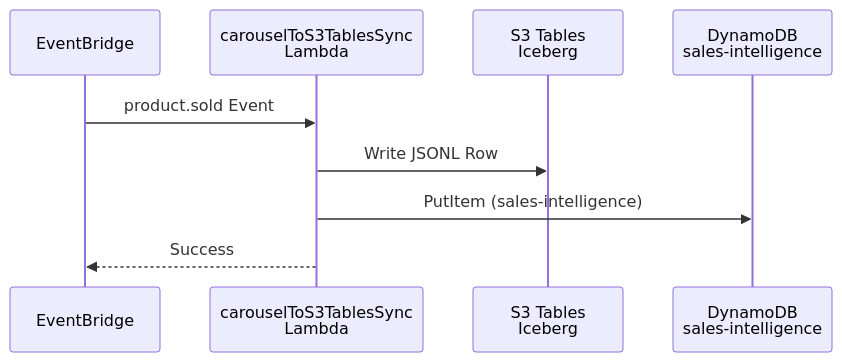
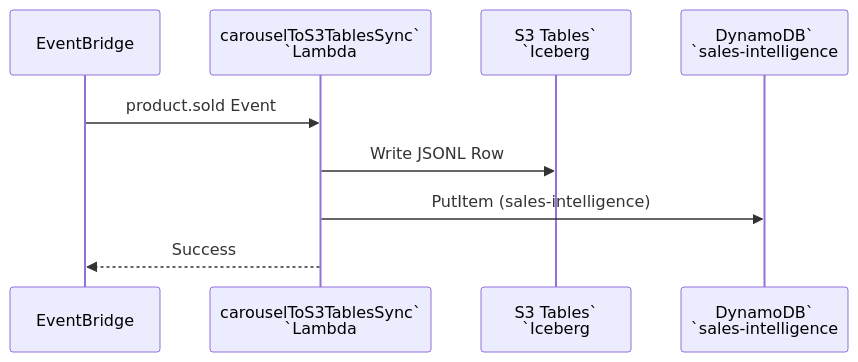
The second of 4 diagrams in SYSTEM_ARCHITECTURE.md (hringekjan/bg-remover), drawn with Mermaid before and after one commit. The commit also changed other lines of this file and 207 other files, not shown here.

````diff
--- a/SYSTEM_ARCHITECTURE.md
+++ b/SYSTEM_ARCHITECTURE.md
@@ -63,12 +63,12 @@
 ```mermaid
 sequenceDiagram
     participant EB as EventBridge
-    participant Sync as carouselToS3TablesSync<br/>Lambda
-    participant S3 as S3 Tables<br/>Iceberg
-    participant DDB as DynamoDB<br/>sales-intelligence
+    participant Sync as carouselToS3TablesSync`<br/>`Lambda
+    participant S3 as S3 Tables`<br/>`Iceberg
+    participant DDB as DynamoDB`<br/>`sales-intelligence
 
     EB->>Sync: product.sold Event
     Sync->>S3: Write JSONL Row
     Sync->>DDB: PutItem (sales-intelligence)
     Sync-->>EB: Success
 ```
````
